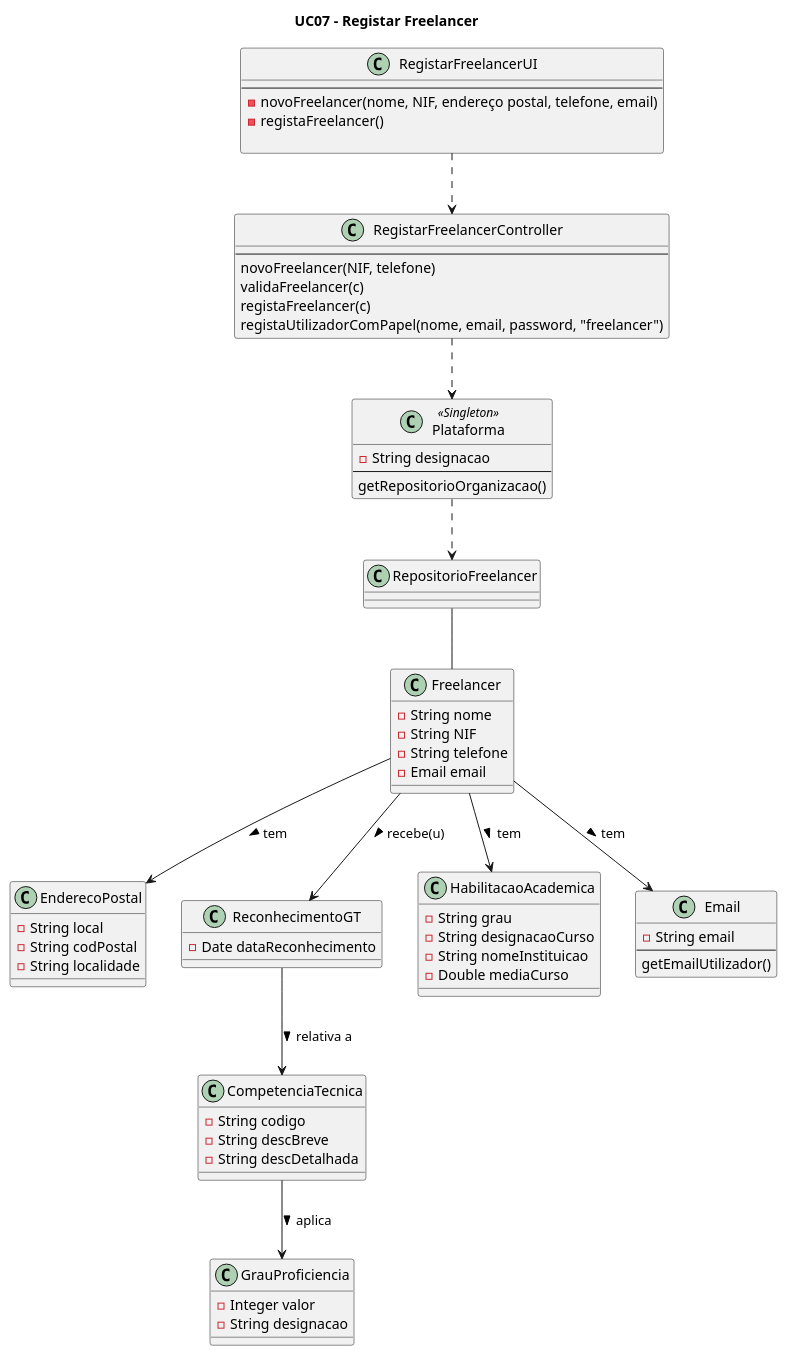
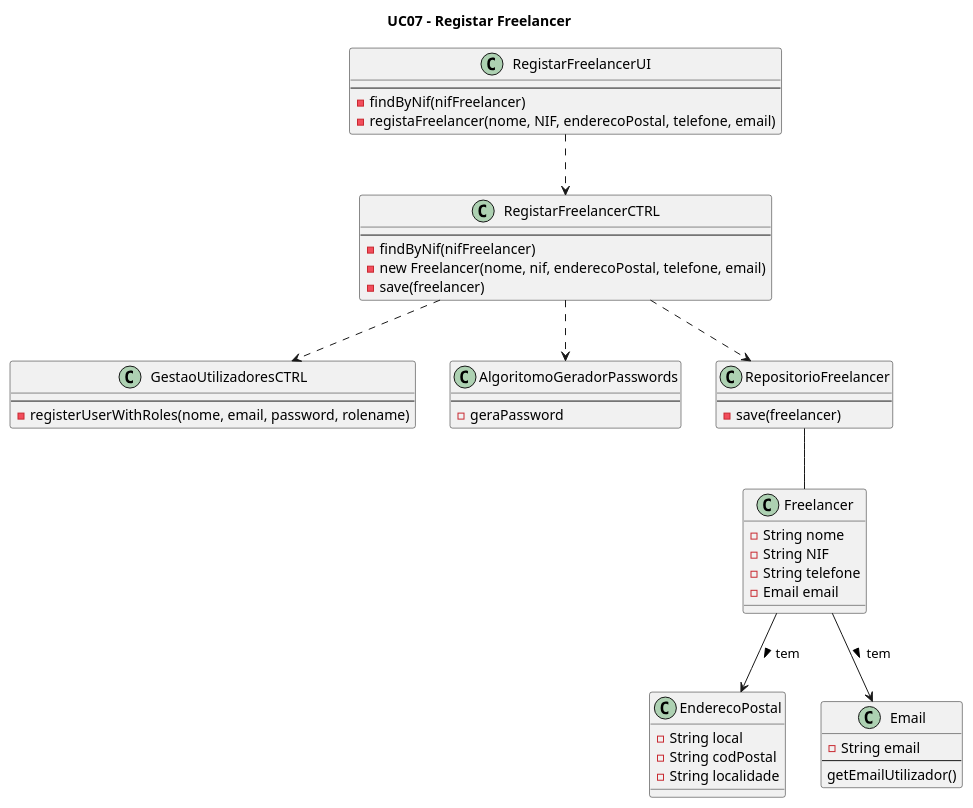
The diagram in Documentação/Sprint 3/UC07_Registar_Freelancer/UC07_Registar_Freelancer_Diagrama_Classes.puml (blestonbandeiraUPSKILL/upskill_java1_labprg_grupo2), drawn with PlantUML before and after one commit. The commit also changed 6 other files, not shown here.

```diff
--- a/Documentação/Sprint 3/UC07_Registar_Freelancer/UC07_Registar_Freelancer_Diagrama_Classes.puml
+++ b/Documentação/Sprint 3/UC07_Registar_Freelancer/UC07_Registar_Freelancer_Diagrama_Classes.puml
@@ -1,84 +1,63 @@
 @startuml
 
 title UC07 - Registar Freelancer
 
 top to bottom direction
 
-class Plataforma <<Singleton>> {
-    -String designacao
+class RegistarFreelancerUI{
     --
-    getRepositorioOrganizacao()
+    -findByNif(nifFreelancer)
+    -registaFreelancer(nome, NIF, enderecoPostal, telefone, email)  
 }
 
-class RegistarFreelancerUI{
+class RegistarFreelancerCTRL{
     --
-    -novoFreelancer(nome, NIF, endereço postal, telefone, email)
-    -registaFreelancer()
-
+    -findByNif(nifFreelancer)
+    -new Freelancer(nome, nif, enderecoPostal, telefone, email)
+    -save(freelancer)
 }
 
-class RegistarFreelancerController{
+class GestaoUtilizadoresCTRL {
     --
-    novoFreelancer(NIF, telefone)
-    validaFreelancer(c)
-    registaFreelancer(c)
-    registaUtilizadorComPapel(nome, email, password, "freelancer")
+    -registerUserWithRoles(nome, email, password, rolename)
+}
+
+class AlgoritomoGeradorPasswords{
+    --
+    -geraPassword
 }
 
 class Freelancer {
     -String nome
     -String NIF
     -String telefone
     -Email email
 }
 
 class EnderecoPostal {
     -String local
     -String codPostal
     -String localidade
 }
 
-class ReconhecimentoGT {
-    -Date dataReconhecimento
-}
-
-class HabilitacaoAcademica {
-    -String grau
-    -String designacaoCurso
-    -String nomeInstituicao
-    -Double mediaCurso
-}
-
-class CompetenciaTecnica {
-    -String codigo
-    -String descBreve
-    -String descDetalhada
-}
-
-class GrauProficiencia {
-    -Integer valor
-    -String designacao
-}
 
 class RepositorioFreelancer{
-
+    --
+    -save(freelancer)
 }
 
 class Email {
     -String email
     --
     getEmailUtilizador()
 }
 
-RegistarFreelancerUI ..> RegistarFreelancerController
-RegistarFreelancerController ..> Plataforma
-Freelancer --> ReconhecimentoGT: recebe(u) >
-ReconhecimentoGT --> CompetenciaTecnica: relativa a >
-CompetenciaTecnica --> GrauProficiencia: aplica >
-Freelancer --> HabilitacaoAcademica: tem >
+RegistarFreelancerUI ..> RegistarFreelancerCTRL
 Freelancer --> EnderecoPostal: tem >
 Freelancer --> Email: tem >
-Plataforma ..> RepositorioFreelancer
 RepositorioFreelancer -- Freelancer
+RegistarFreelancerCTRL ..> RepositorioFreelancer
+RegistarFreelancerCTRL ..> GestaoUtilizadoresCTRL
+RegistarFreelancerCTRL ..> AlgoritomoGeradorPasswords
 
 @enduml
```
